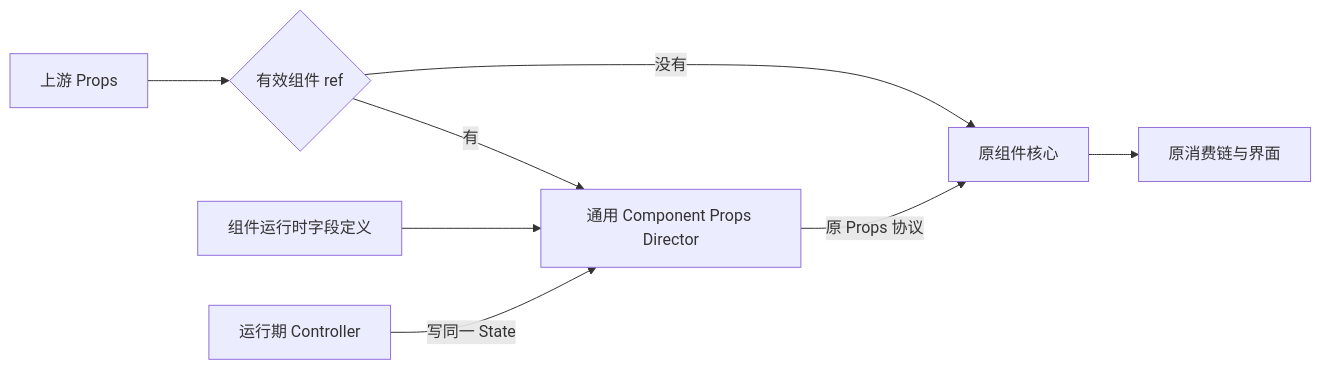
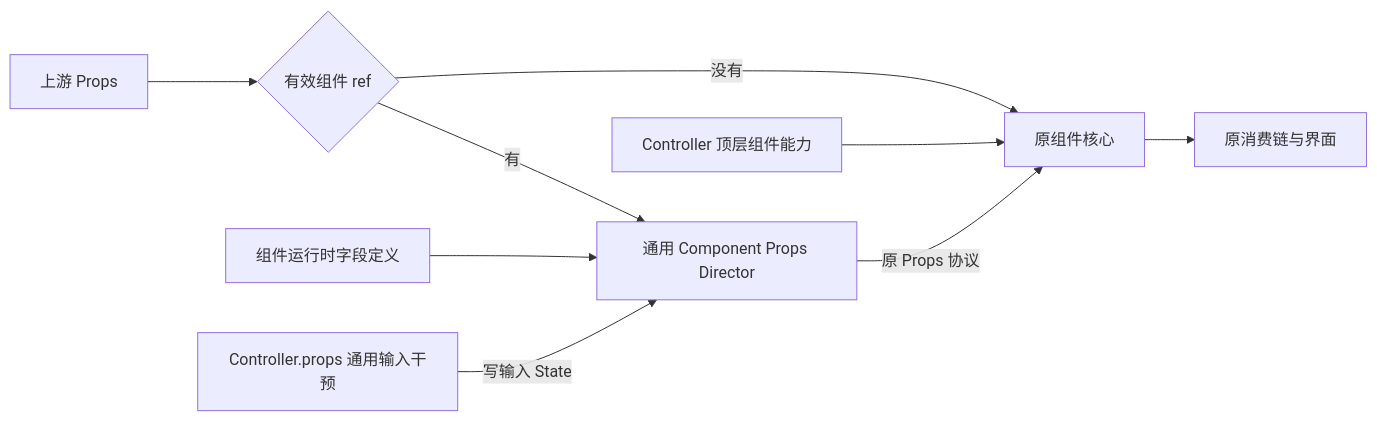
One commit to edsolater/uikit changed the diagram in docs/guide/组件Props与Controller状态.md. Above: the diagram before and after it, drawn with Mermaid. The commit also changed other lines of this file and 43 other files, not shown here.

````diff
--- a/docs/guide/组件Props与Controller状态.md
+++ b/docs/guide/组件Props与Controller状态.md
@@ -9,10 +9,11 @@
 ```mermaid
 flowchart LR
   P[上游 Props] --> G{有效组件 ref}
   G -->|没有| K[原组件核心]
   G -->|有| H[通用 Component Props Director]
   F[组件运行时字段定义] --> H
-  C[运行期 Controller] -->|写同一 State| H
+  C[Controller.props 通用输入干预] -->|写输入 State| H
+  A[Controller 顶层组件能力] --> K
   H -->|原 Props 协议| K
   K --> D[原消费链与界面]
 ```
````
